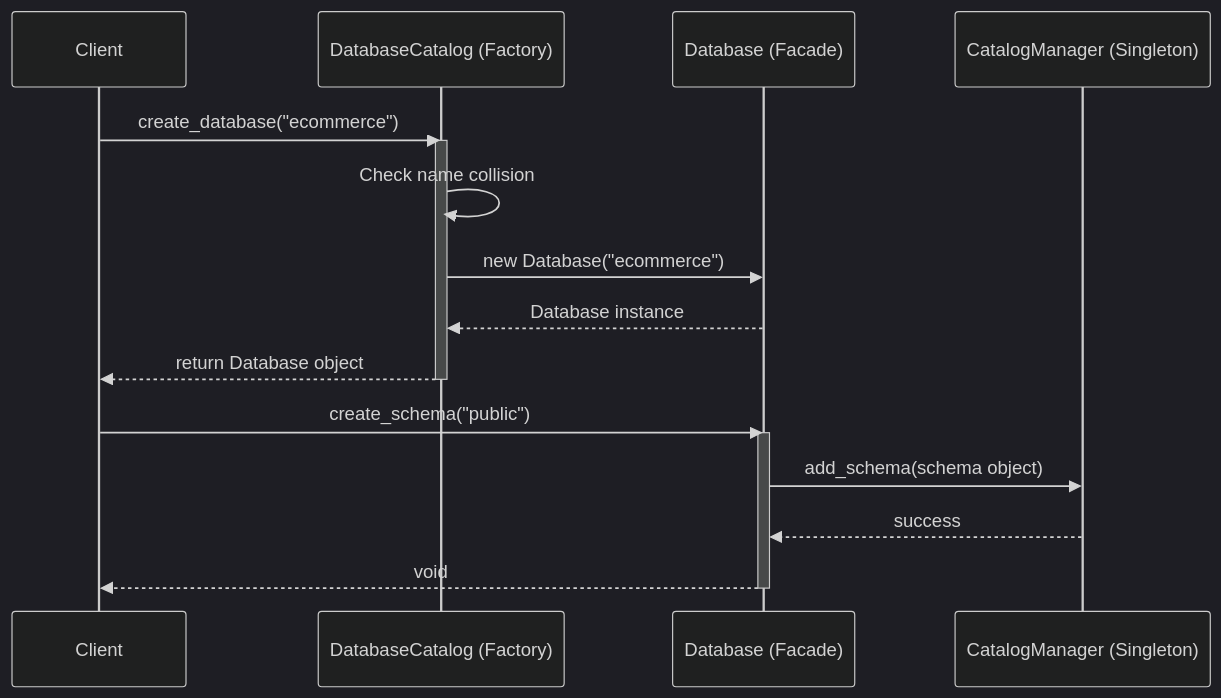
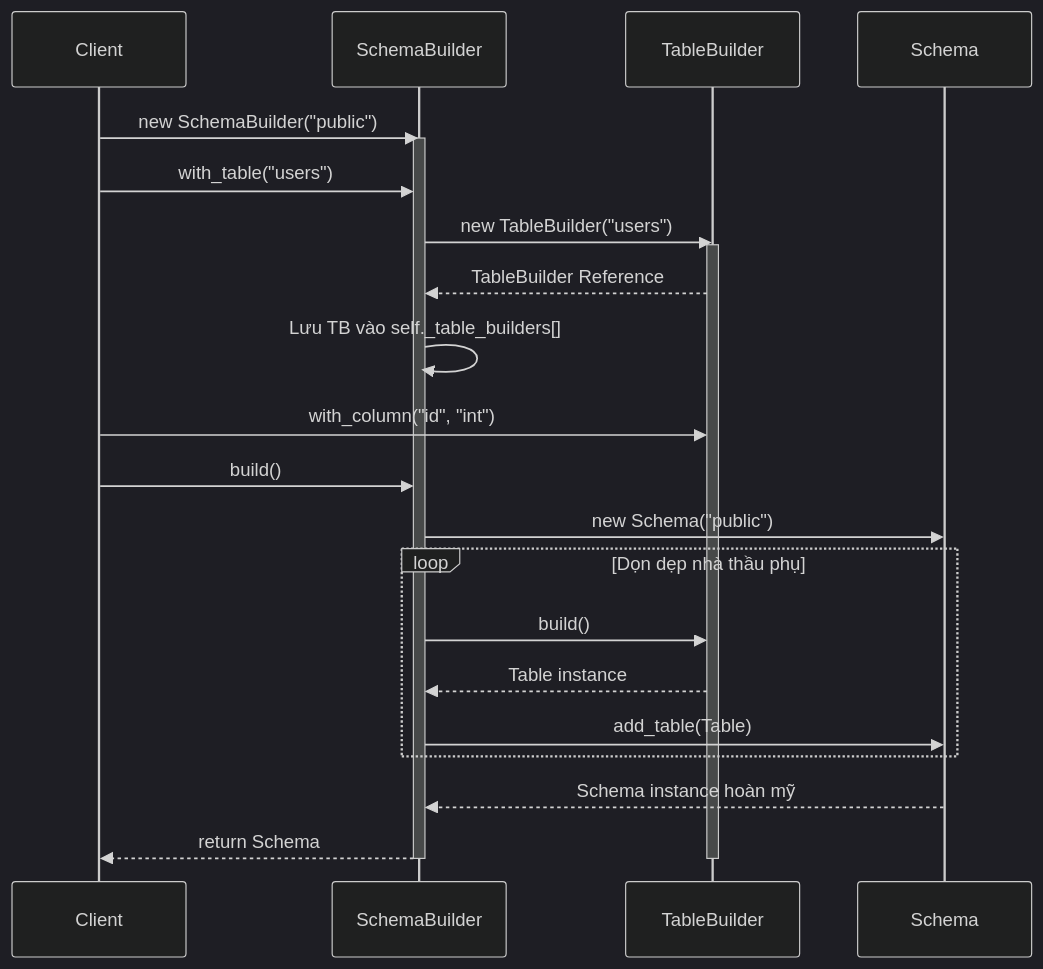
The sixth of 14 diagrams in docs/readme.md (Ricky13170/bbv_DBMS), drawn with Mermaid (dark theme) before and after one commit. The commit also changed other lines of this file and 10 other files, not shown here.

````diff
--- a/docs/readme.md
+++ b/docs/readme.md
@@ -167,24 +141,33 @@
 ```mermaid
 sequenceDiagram
     participant Client
-    participant DC as DatabaseCatalog (Factory)
-    participant DB as Database (Facade)
-    participant CM as CatalogManager (Singleton)
-
-    %% Phase 1: Factory Creates Database
-    Client->>DC: create_database("ecommerce")
-    activate DC
-    DC->>DC: Check name collision
-    DC->>DB: new Database("ecommerce")
-    DB-->>DC: Database instance
-    DC-->>Client: return Database object
-    deactivate DC
-
-    %% Phase 2: Facade Delegates Schema Creation
-    Client->>DB: create_schema("public")
-    activate DB
-    DB->>CM: add_schema(schema object)
-    CM-->>DB: success
-    DB-->>Client: void
-    deactivate DB
+    participant SB as SchemaBuilder
+    participant TB as TableBuilder
+    participant Sch as Schema
+    
+    Client->>SB: new SchemaBuilder("public")
+    activate SB
+    
+    Client->>SB: with_table("users")
+    SB->>TB: new TableBuilder("users")
+    activate TB
+    TB-->>SB: TableBuilder Reference
+    SB->>SB: Lưu TB vào self._table_builders[]
+    
+    %% Triggers Fluent Chaining directly on the returned TB
+    Client->>TB: with_column("id", "int")
+    
+    Client->>SB: build()
+    SB->>Sch: new Schema("public")
+    
+    loop Dọn dẹp nhà thầu phụ
+        SB->>TB: build()
+        TB-->>SB: Table instance
+        SB->>Sch: add_table(Table)
+    end
+    
+    Sch-->>SB: Schema instance hoàn mỹ
+    SB-->>Client: return Schema
+    deactivate TB
+    deactivate SB
 ```
````
